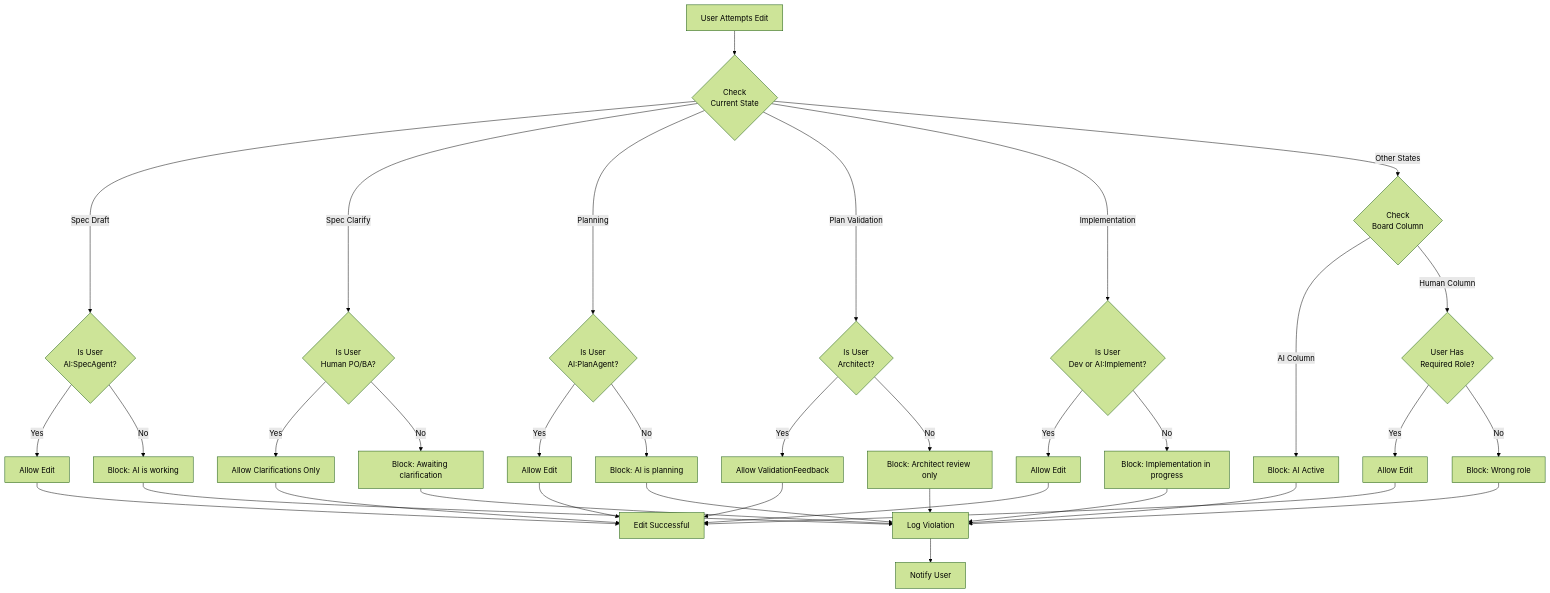
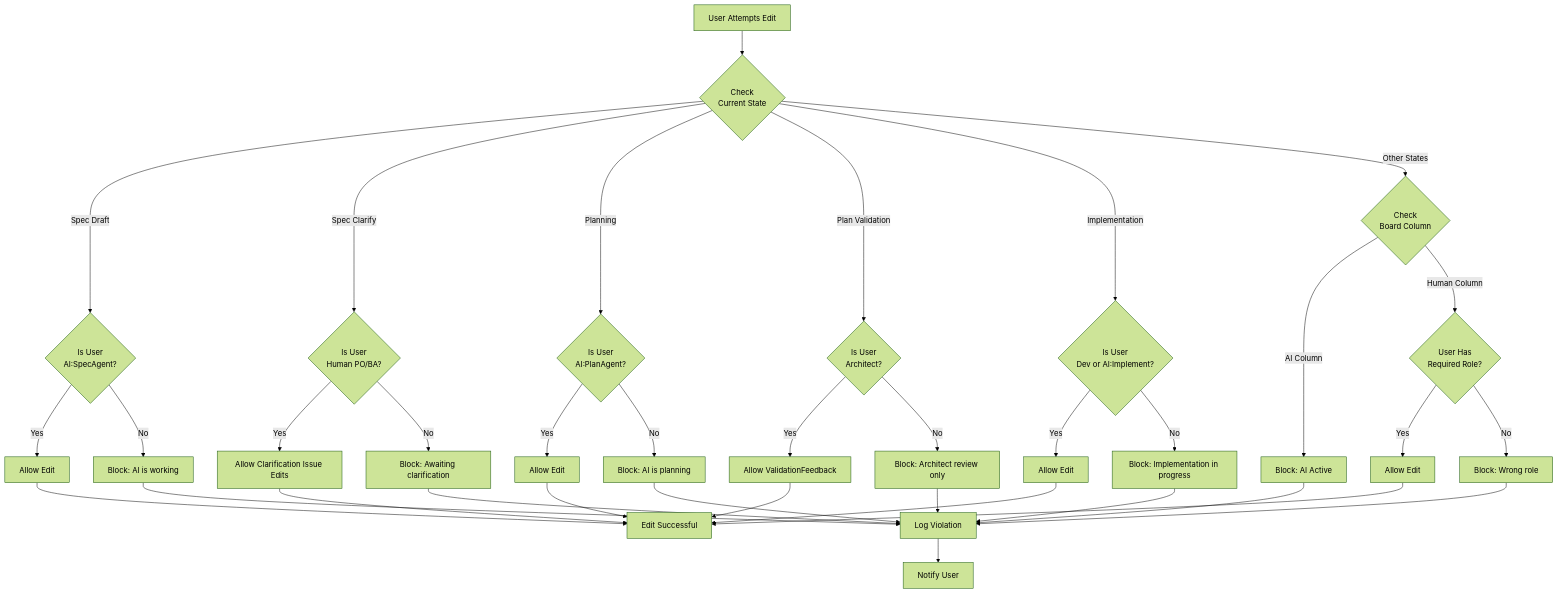
The diagram in docs/diagrams/07-edit-control-rules.md (agzyamov/ai-native-sdlc), drawn with Mermaid (forest theme) before and after one commit. The commit also changed 31 other files, not shown here.

First line of the commit message:
chore: archive Copilot workflows, remove generated artifacts, and simplify docs/diagrams

````diff
--- a/docs/diagrams/07-edit-control-rules.md
+++ b/docs/diagrams/07-edit-control-rules.md
@@ -3,47 +3,47 @@
 ```mermaid
 flowchart TD
     Edit[User Attempts Edit] --> CheckState{Check<br/>Current State}
     
     CheckState -->|Spec Draft| CheckUser1{Is User<br/>AI:SpecAgent?}
     CheckUser1 -->|Yes| Allow1[Allow Edit]
     CheckUser1 -->|No| Block1[Block: AI is working]
     
     CheckState -->|Spec Clarify| CheckUser2{Is User<br/>Human PO/BA?}
-    CheckUser2 -->|Yes| Allow2[Allow Clarifications Only]
+    CheckUser2 -->|Yes| Allow2[Allow Clarification Issue Edits]
     CheckUser2 -->|No| Block2[Block: Awaiting clarification]
     
     CheckState -->|Planning| CheckUser3{Is User<br/>AI:PlanAgent?}
     CheckUser3 -->|Yes| Allow3[Allow Edit]
     CheckUser3 -->|No| Block3[Block: AI is planning]
     
     CheckState -->|Plan Validation| CheckUser4{Is User<br/>Architect?}
     CheckUser4 -->|Yes| Allow4[Allow ValidationFeedback]
     CheckUser4 -->|No| Block4[Block: Architect review only]
     
     CheckState -->|Implementation| CheckUser5{Is User<br/>Dev or AI:Implement?}
     CheckUser5 -->|Yes| Allow5[Allow Edit]
     CheckUser5 -->|No| Block5[Block: Implementation in progress]
     
     CheckState -->|Other States| CheckColumn{Check<br/>Board Column}
     CheckColumn -->|AI Column| BlockAI[Block: AI Active]
     CheckColumn -->|Human Column| CheckRole{User Has<br/>Required Role?}
     CheckRole -->|Yes| AllowRole[Allow Edit]
     CheckRole -->|No| BlockRole[Block: Wrong role]
     
     Block1 --> Log[Log Violation]
     Block2 --> Log
     Block3 --> Log
     Block4 --> Log
     Block5 --> Log
     BlockAI --> Log
     BlockRole --> Log
     
     Log --> Notify[Notify User]
     
     Allow1 --> Success[Edit Successful]
     Allow2 --> Success
     Allow3 --> Success
     Allow4 --> Success
     Allow5 --> Success
     AllowRole --> Success
 ```
````
